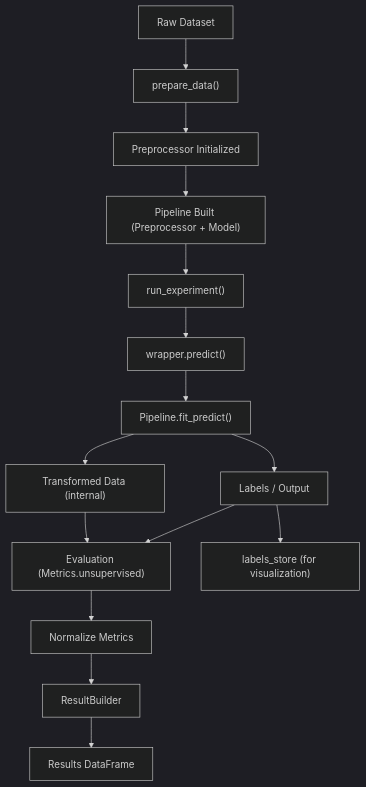
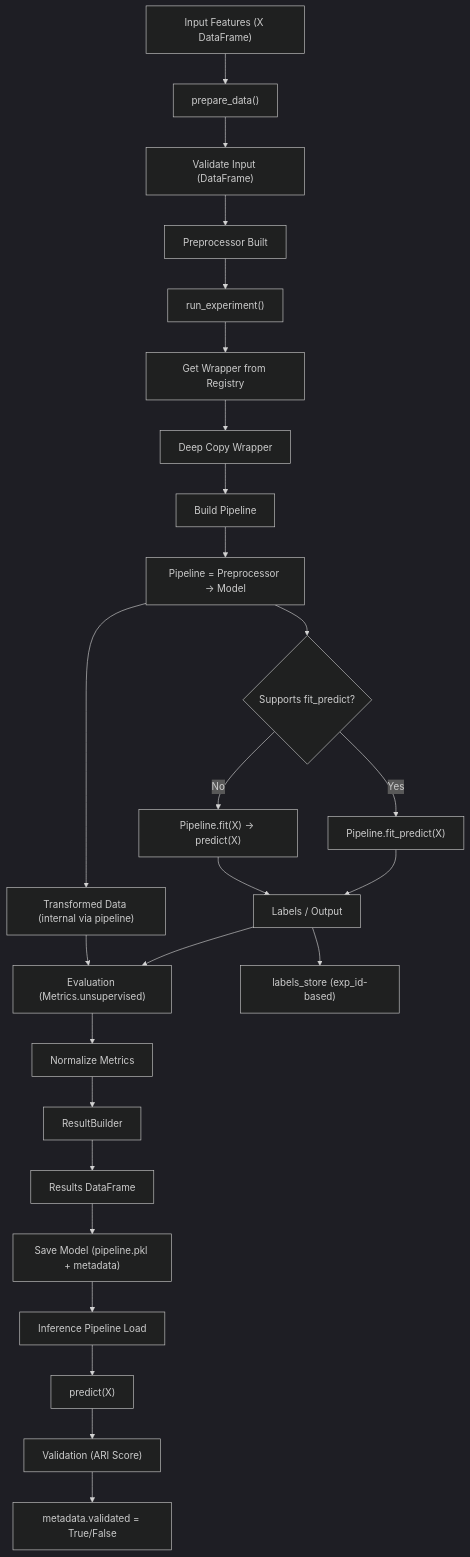
One commit to abhinavssingh/python-learnings changed the diagram in lib/utility/machinelearning/facade/UNSUPERVISEDMODELUTILITY.md. Above: the diagram before and after it, drawn with Mermaid (dark theme). The commit also changed other lines of this file and 23 other files, not shown here.

````diff
--- a/lib/utility/machinelearning/facade/UNSUPERVISEDMODELUTILITY.md
+++ b/lib/utility/machinelearning/facade/UNSUPERVISEDMODELUTILITY.md
@@ -18,23 +18,48 @@
 ```mermaid
 flowchart TD
-    A[Raw Dataset] --> B["prepare_data()"]
 
-    B --> C[Preprocessor Initialized]
-    C --> D["Pipeline Built (Preprocessor + Model)"]
+    A["Input Features (X DataFrame)"] --> B["prepare_data()"]
+
+    B --> C["Validate Input (DataFrame)"]
+    C --> D[Preprocessor Built]
 
     D --> E["run_experiment()"]
-    E --> F["wrapper.predict()"]
 
-    F --> G["Pipeline.fit_predict()"]
-    G --> H["Transformed Data (internal)"]
-    G --> I[Labels / Output]
+    E --> F[Get Wrapper from Registry]
+    F --> G[Deep Copy Wrapper]
 
-    I --> J["Evaluation (Metrics.unsupervised)"]
-    H --> J
+    G --> H[Build Pipeline]
 
-    J --> K[Normalize Metrics]
-    K --> L[ResultBuilder]
-    L --> M[Results DataFrame]
+    H --> I["Pipeline = Preprocessor → Model"]
 
-    I --> N["labels_store (for visualization)"]
+    I --> J{Supports fit_predict?}
+
+    J -->|Yes| K["Pipeline.fit_predict(X)"]
+    J -->|No| L["Pipeline.fit(X) → predict(X)"]
+
+    K --> M[Labels / Output]
+    L --> M
+
+    I --> N["Transformed Data (internal via pipeline)"]
+
+    M --> O["Evaluation (Metrics.unsupervised)"]
+    N --> O
+
+    O --> P[Normalize Metrics]
+
+    P --> Q[ResultBuilder]
+
+    Q --> R[Results DataFrame]
+
+    M --> S["labels_store (exp_id-based)"]
+
+    R --> T["Save Model (pipeline.pkl + metadata)"]
+
+    T --> U[Inference Pipeline Load]
+
+    U --> V["predict(X)"]
+
+    V --> W["Validation (ARI Score)"]
+
+    W --> X["metadata.validated = True/False"]
 ```
````
